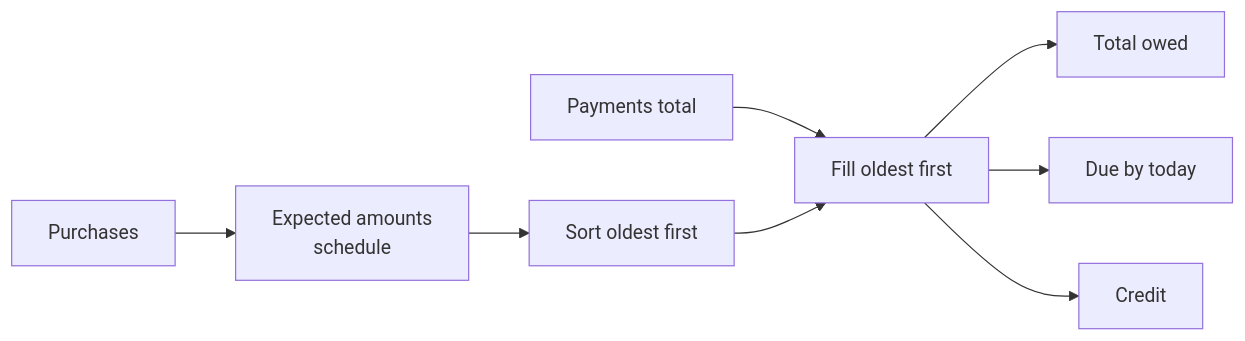
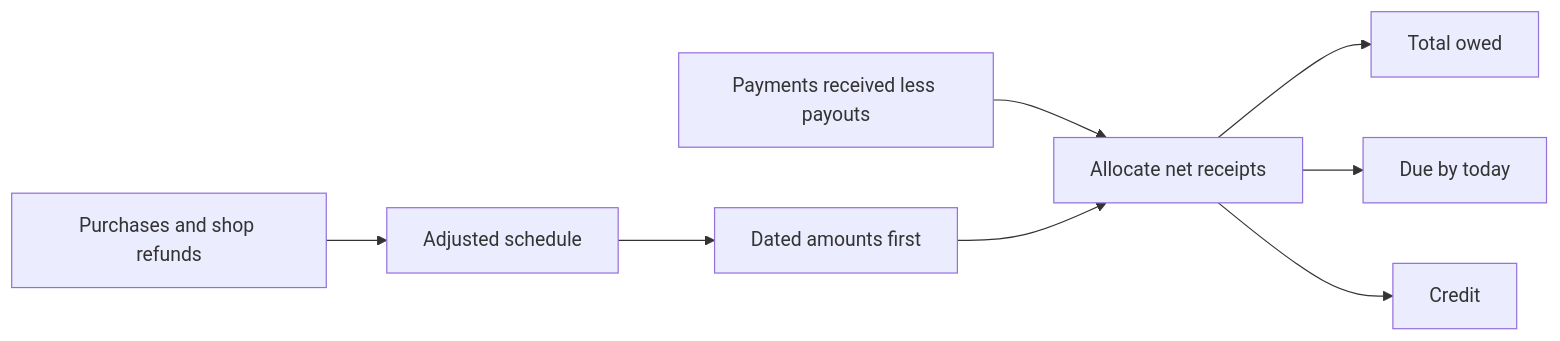
The second of 3 diagrams in docs/DESIGN.md (zekihan/family-tab), drawn with Mermaid before and after one commit. The commit also changed other lines of this file, not shown here.

````diff
--- a/docs/DESIGN.md
+++ b/docs/DESIGN.md
@@ -119,10 +139,10 @@
 ```mermaid
 flowchart LR
-    P[Purchases] --> S[Expected amounts<br/>schedule]
-    S --> O[Sort oldest first]
-    Y[Payments total] --> A[Fill oldest first]
+    P[Purchases and shop refunds] --> S[Adjusted schedule]
+    S --> O[Dated amounts first]
+    Y[Payments received less payouts] --> A[Allocate net receipts]
     O --> A
     A --> T[Total owed]
     A --> E[Due by today]
     A --> C[Credit]
 ```
````
